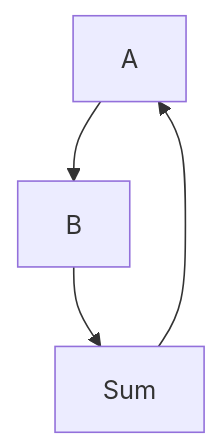
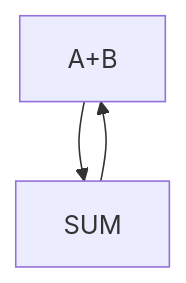
One commit to isimpforobama/Python-Assembly changed the third of 3 diagrams in README.md. Above: the diagram before and after it, drawn with Mermaid.

Commit message:
readmefix

````diff
--- a/README.md
+++ b/README.md
@@ -319,6 +319,5 @@
 ```mermaid
 graph TD;
-        A-->B;
-        B-->Sum;
-        Sum-->A;
+        A+B-->SUM;
+        SUM-->A+B;
 ```
````
